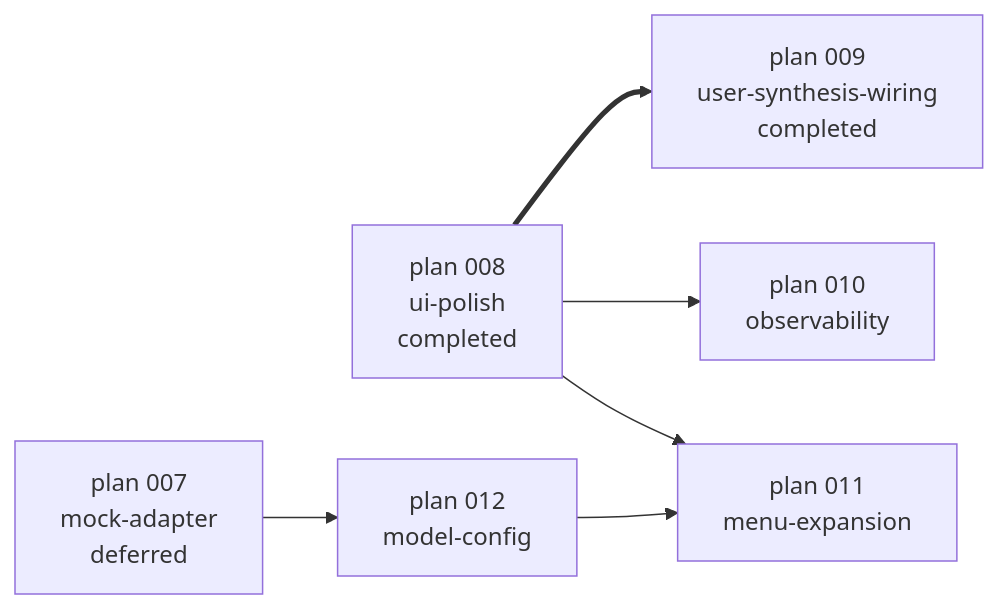
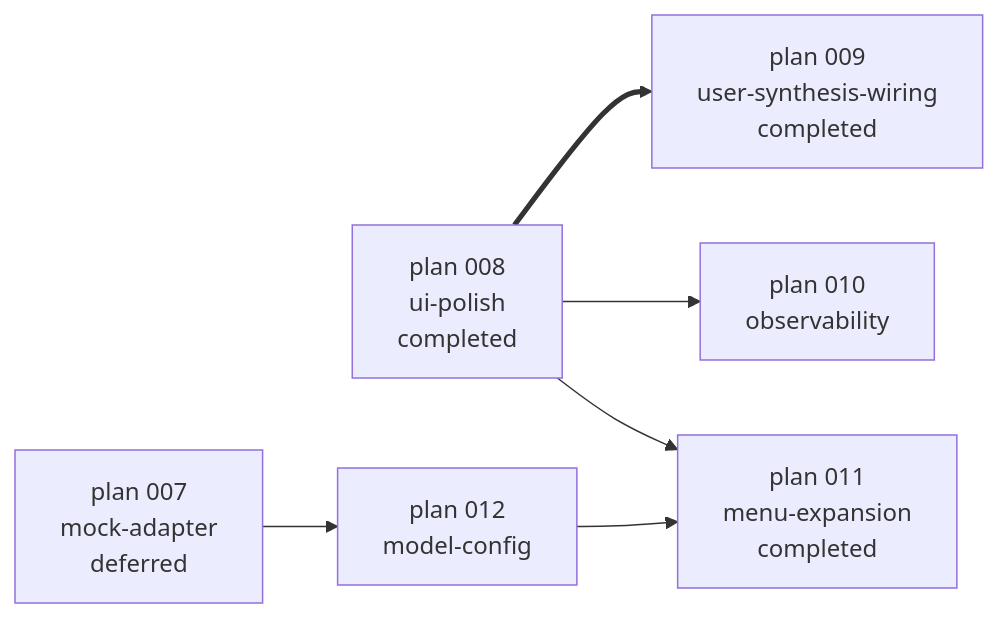
Before and after one commit to shinjw4929/Dialectic-CLI: the diagram in docs/dev-docs/Plans/upcoming-plans.md, drawn with Mermaid. The commit also changed other lines of this file and 5 other files, not shown here.

First line of the commit message:
Archive plan 011-menu-expansion artifacts

````diff
--- a/docs/dev-docs/Plans/upcoming-plans.md
+++ b/docs/dev-docs/Plans/upcoming-plans.md
@@ -16,15 +16,15 @@
 ```mermaid
 flowchart LR
     P008[plan 008<br/>ui-polish<br/>completed]
     P007[plan 007<br/>mock-adapter<br/>deferred]
     P009[plan 009<br/>user-synthesis-wiring<br/>completed]
     P010[plan 010<br/>observability]
-    P011[plan 011<br/>menu-expansion]
+    P011[plan 011<br/>menu-expansion<br/>completed]
     P012[plan 012<br/>model-config]
 
     P008 ==> P009
     P008 --> P010
     P008 --> P011
     P007 --> P012
     P012 --> P011
 ```
````
